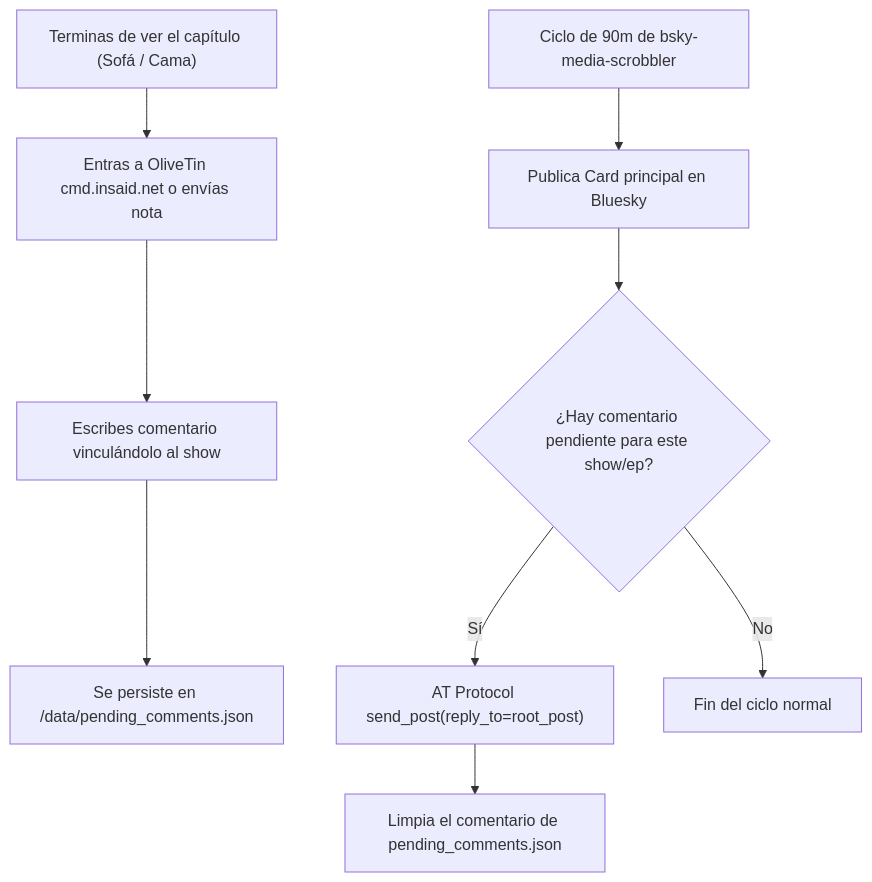
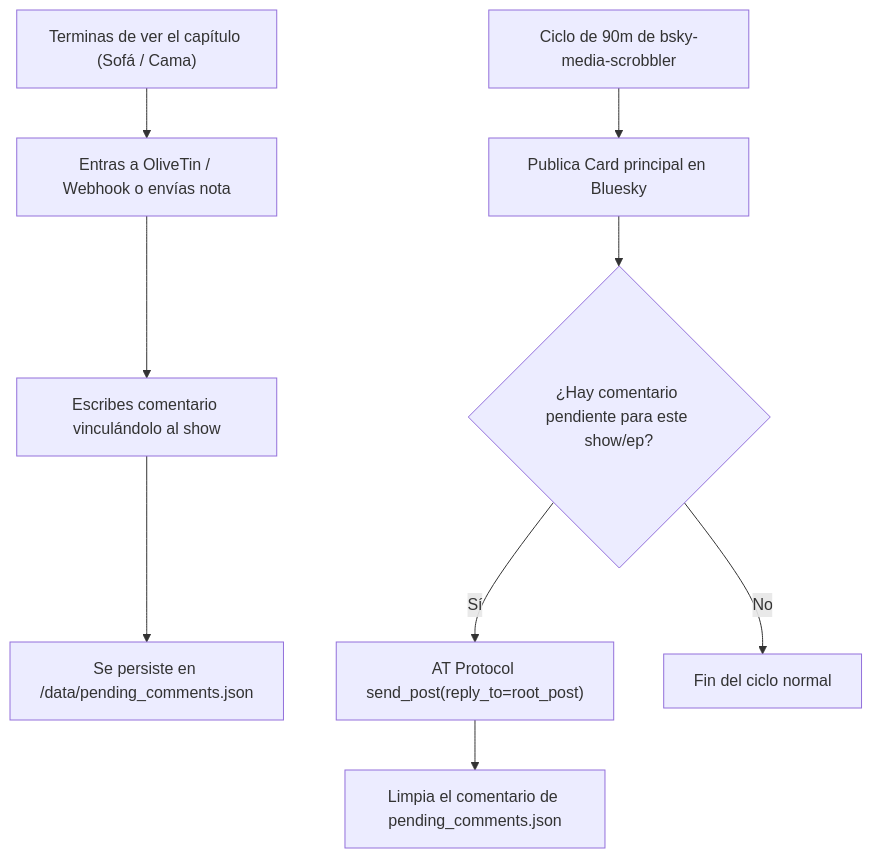
One commit to insaid-code/bsky-media-scrobbler changed the first of 2 diagrams in ROADMAP.md. Above: the diagram before and after it, drawn with Mermaid. The commit also changed other lines of this file, not shown here.

Commit message:
docs: sanitize internal domain names in ROADMAP.md

````diff
--- a/ROADMAP.md
+++ b/ROADMAP.md
@@ -33,11 +33,11 @@
 ```mermaid
 flowchart TD
-    A["Terminas de ver el capítulo (Sofá / Cama)"] --> B["Entras a OliveTin cmd.insaid.net o envías nota"]
+    A["Terminas de ver el capítulo (Sofá / Cama)"] --> B["Entras a OliveTin / Webhook o envías nota"]
     B --> C["Escribes comentario vinculándolo al show"]
     C --> D["Se persiste en /data/pending_comments.json"]
     E["Ciclo de 90m de bsky-media-scrobbler"] --> F["Publica Card principal en Bluesky"]
     F --> G{"¿Hay comentario pendiente para este show/ep?"}
     G -- Sí --> H["AT Protocol send_post(reply_to=root_post)"]
     H --> I["Limpia el comentario de pending_comments.json"]
     G -- No --> J["Fin del ciclo normal"]
 ```
````
